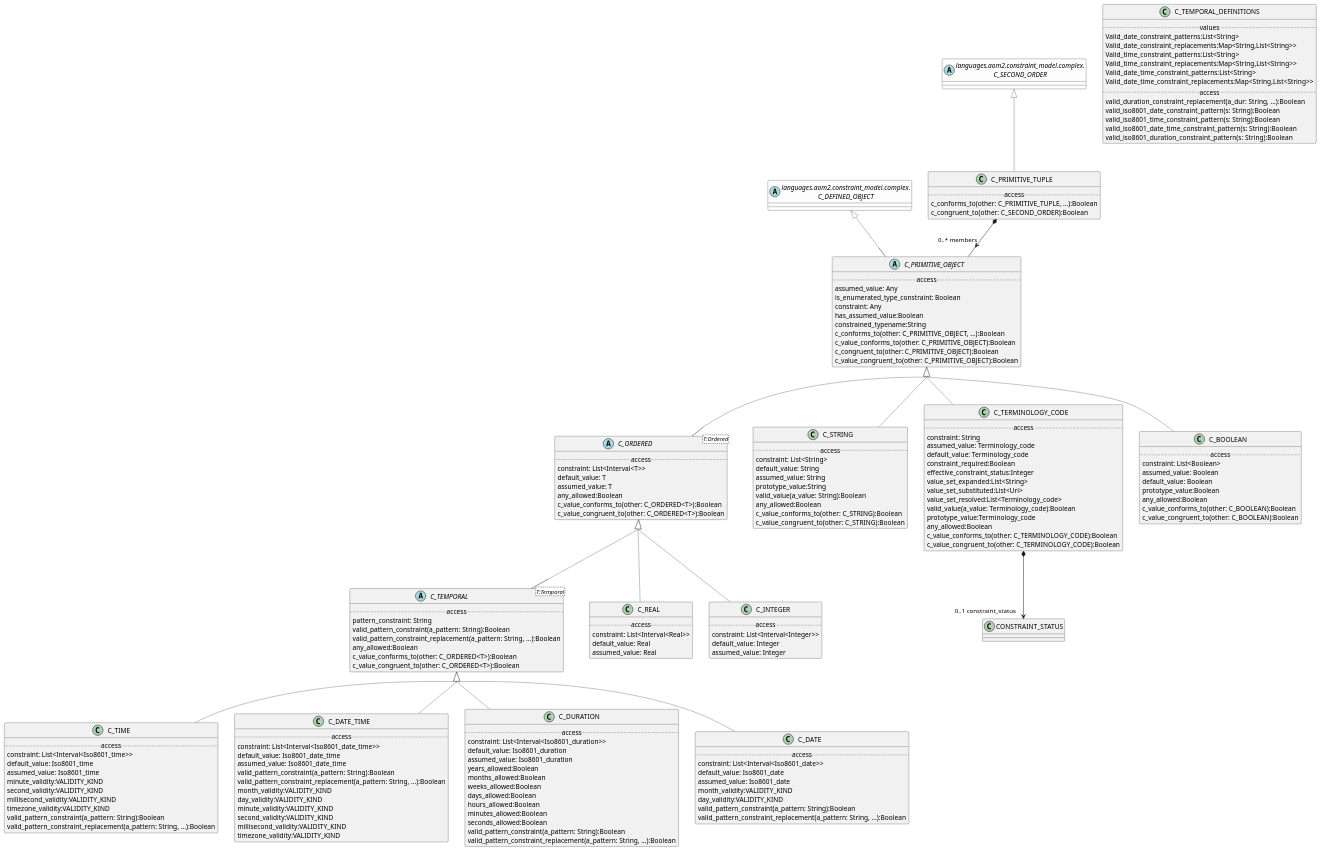
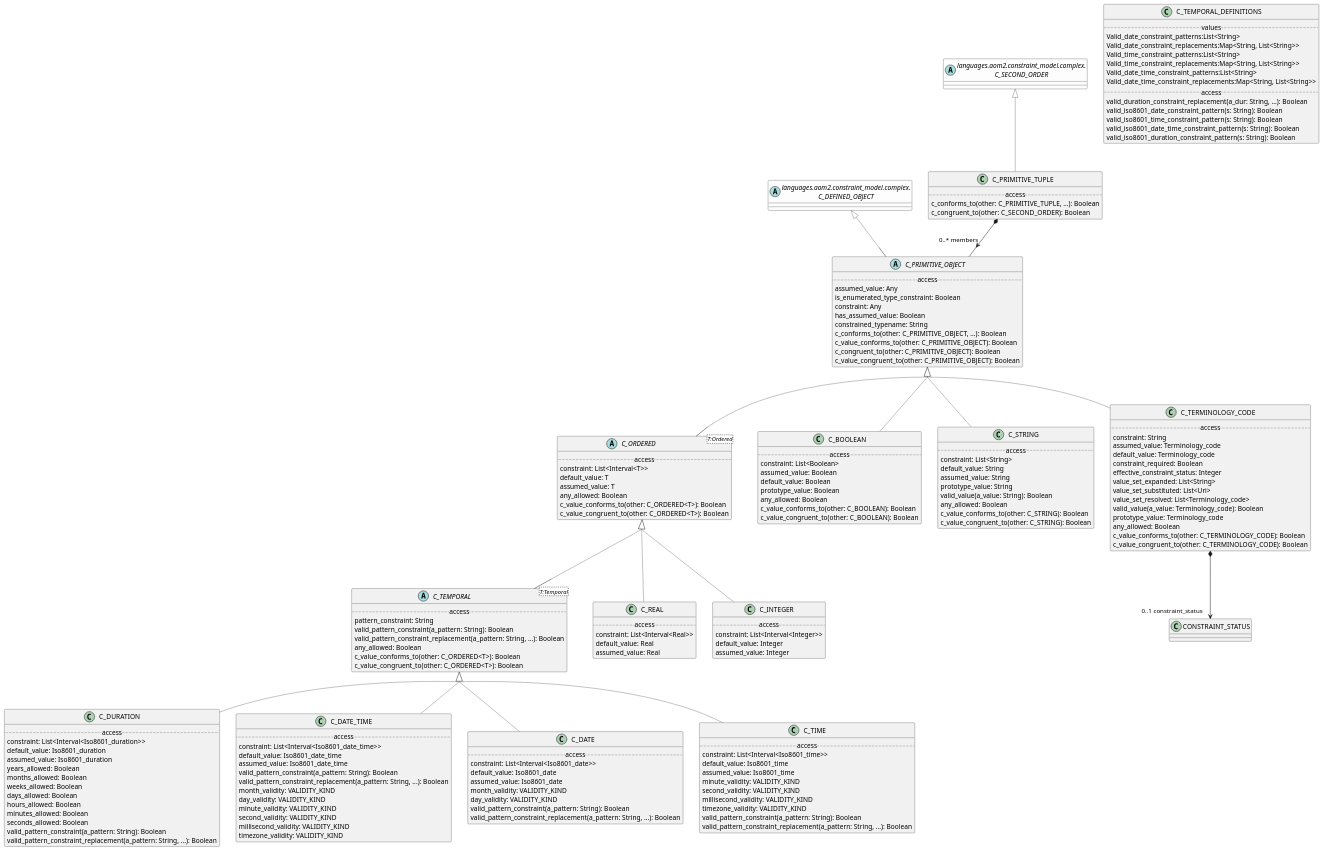
Before and after one commit to wolandscat/openehr-doc: the diagram in modules/ROOT/examples/bmm/languages/aom2/constraint_model/primitive/primitive-package-uml.adoc, drawn with PlantUML. The commit also changed 293 other files, not shown here.

Commit message:
Regen with tweaks to UML output and correct metatypes for nested generics.

```diff
--- a/modules/ROOT/examples/bmm/languages/aom2/constraint_model/primitive/primitive-package-uml.adoc
+++ b/modules/ROOT/examples/bmm/languages/aom2/constraint_model/primitive/primitive-package-uml.adoc
@@ -6,81 +6,18 @@
 skinparam citedClassColor #FDFDFD
 
 
-class C_PRIMITIVE_TUPLE [[/openehr-doc/latest/languages/aom2-gen.html#_class_c_primitive_tuple]] {
+class C_BOOLEAN [[/openehr-doc/latest/languages/aom2-gen.html#_class_c_boolean]] {
         .. access ..
-        c_conforms_to(other: C_PRIMITIVE_TUPLE, ...):Boolean
-        c_congruent_to(other: C_SECOND_ORDER):Boolean
+        constraint: List<Boolean>
+        assumed_value: Boolean
+        default_value: Boolean
+        prototype_value: Boolean
+        any_allowed: Boolean
+        c_value_conforms_to(other: C_BOOLEAN): Boolean
+        c_value_congruent_to(other: C_BOOLEAN): Boolean
 }
 
-C_PRIMITIVE_TUPLE -[#gray]up-|> C_SECOND_ORDER  
-
-
-C_PRIMITIVE_TUPLE *--> "0..* members" C_PRIMITIVE_OBJECT
-
-class C_TIME [[/openehr-doc/latest/languages/aom2-gen.html#_class_c_time]] {
-        .. access ..
-        constraint: List<Interval<Iso8601_time>>
-        default_value: Iso8601_time
-        assumed_value: Iso8601_time
-        minute_validity:VALIDITY_KIND
-        second_validity:VALIDITY_KIND
-        millisecond_validity:VALIDITY_KIND
-        timezone_validity:VALIDITY_KIND
-        valid_pattern_constraint(a_pattern: String):Boolean
-        valid_pattern_constraint_replacement(a_pattern: String, ...):Boolean
-}
-
-C_TIME -[#gray]up-|> C_TEMPORAL  
-
-
-class C_DATE_TIME [[/openehr-doc/latest/languages/aom2-gen.html#_class_c_date_time]] {
-        .. access ..
-        constraint: List<Interval<Iso8601_date_time>>
-        default_value: Iso8601_date_time
-        assumed_value: Iso8601_date_time
-        valid_pattern_constraint(a_pattern: String):Boolean
-        valid_pattern_constraint_replacement(a_pattern: String, ...):Boolean
-        month_validity:VALIDITY_KIND
-        day_validity:VALIDITY_KIND
-        minute_validity:VALIDITY_KIND
-        second_validity:VALIDITY_KIND
-        millisecond_validity:VALIDITY_KIND
-        timezone_validity:VALIDITY_KIND
-}
-
-C_DATE_TIME -[#gray]up-|> C_TEMPORAL  
-
-
-class C_DURATION [[/openehr-doc/latest/languages/aom2-gen.html#_class_c_duration]] {
-        .. access ..
-        constraint: List<Interval<Iso8601_duration>>
-        default_value: Iso8601_duration
-        assumed_value: Iso8601_duration
-        years_allowed:Boolean
-        months_allowed:Boolean
-        weeks_allowed:Boolean
-        days_allowed:Boolean
-        hours_allowed:Boolean
-        minutes_allowed:Boolean
-        seconds_allowed:Boolean
-        valid_pattern_constraint(a_pattern: String):Boolean
-        valid_pattern_constraint_replacement(a_pattern: String, ...):Boolean
-}
-
-C_DURATION -[#gray]up-|> C_TEMPORAL  
-
-
-abstract class C_TEMPORAL<T:Temporal> [[/openehr-doc/latest/languages/aom2-gen.html#_class_c_temporal]] {
-        .. access ..
-        pattern_constraint: String
-        valid_pattern_constraint(a_pattern: String):Boolean
-        valid_pattern_constraint_replacement(a_pattern: String, ...):Boolean
-        any_allowed:Boolean
-        c_value_conforms_to(other: C_ORDERED<T>):Boolean
-        c_value_congruent_to(other: C_ORDERED<T>):Boolean
-}
-
-C_TEMPORAL -[#gray]up-|> C_ORDERED  
+C_BOOLEAN -[#gray]up-|> C_PRIMITIVE_OBJECT  
 
 
 class C_REAL [[/openehr-doc/latest/languages/aom2-gen.html#_class_c_real]] {
@@ -93,72 +30,97 @@
 C_REAL -[#gray]up-|> C_ORDERED  
 
 
-class C_STRING [[/openehr-doc/latest/languages/aom2-gen.html#_class_c_string]] {
+abstract class C_TEMPORAL<T:Temporal> [[/openehr-doc/latest/languages/aom2-gen.html#_class_c_temporal]] {
         .. access ..
-        constraint: List<String>
-        default_value: String
-        assumed_value: String
-        prototype_value:String
-        valid_value(a_value: String):Boolean
-        any_allowed:Boolean
-        c_value_conforms_to(other: C_STRING):Boolean
-        c_value_congruent_to(other: C_STRING):Boolean
+        pattern_constraint: String
+        valid_pattern_constraint(a_pattern: String): Boolean
+        valid_pattern_constraint_replacement(a_pattern: String, ...): Boolean
+        any_allowed: Boolean
+        c_value_conforms_to(other: C_ORDERED<T>): Boolean
+        c_value_congruent_to(other: C_ORDERED<T>): Boolean
 }
 
-C_STRING -[#gray]up-|> C_PRIMITIVE_OBJECT  
+C_TEMPORAL -[#gray]up-|> C_ORDERED  
 
 
-abstract class C_PRIMITIVE_OBJECT [[/openehr-doc/latest/languages/aom2-gen.html#_class_c_primitive_object]] {
+class C_TEMPORAL_DEFINITIONS [[/openehr-doc/latest/languages/aom2-gen.html#_class_c_temporal_definitions]] {
+        .. values ..
+        Valid_date_constraint_patterns:List<String>
+        Valid_date_constraint_replacements:Map<String, List<String>>
+        Valid_time_constraint_patterns:List<String>
+        Valid_time_constraint_replacements:Map<String, List<String>>
+        Valid_date_time_constraint_patterns:List<String>
+        Valid_date_time_constraint_replacements:Map<String, List<String>>
         .. access ..
-        assumed_value: Any
-        is_enumerated_type_constraint: Boolean
-        constraint: Any
-        has_assumed_value:Boolean
-        constrained_typename:String
-        c_conforms_to(other: C_PRIMITIVE_OBJECT, ...):Boolean
-        c_value_conforms_to(other: C_PRIMITIVE_OBJECT):Boolean
-        c_congruent_to(other: C_PRIMITIVE_OBJECT):Boolean
-        c_value_congruent_to(other: C_PRIMITIVE_OBJECT):Boolean
+        valid_duration_constraint_replacement(a_dur: String, ...): Boolean
+        valid_iso8601_date_constraint_pattern(s: String): Boolean
+        valid_iso8601_time_constraint_pattern(s: String): Boolean
+        valid_iso8601_date_time_constraint_pattern(s: String): Boolean
+        valid_iso8601_duration_constraint_pattern(s: String): Boolean
 }
 
-C_PRIMITIVE_OBJECT -[#gray]up-|> C_DEFINED_OBJECT  
+
+class C_DURATION [[/openehr-doc/latest/languages/aom2-gen.html#_class_c_duration]] {
+        .. access ..
+        constraint: List<Interval<Iso8601_duration>>
+        default_value: Iso8601_duration
+        assumed_value: Iso8601_duration
+        years_allowed: Boolean
+        months_allowed: Boolean
+        weeks_allowed: Boolean
+        days_allowed: Boolean
+        hours_allowed: Boolean
+        minutes_allowed: Boolean
+        seconds_allowed: Boolean
+        valid_pattern_constraint(a_pattern: String): Boolean
+        valid_pattern_constraint_replacement(a_pattern: String, ...): Boolean
+}
+
+C_DURATION -[#gray]up-|> C_TEMPORAL  
 
 
-class C_TERMINOLOGY_CODE [[/openehr-doc/latest/languages/aom2-gen.html#_class_c_terminology_code]] {
+class C_DATE_TIME [[/openehr-doc/latest/languages/aom2-gen.html#_class_c_date_time]] {
         .. access ..
-        constraint: String
-        assumed_value: Terminology_code
-        default_value: Terminology_code
-        constraint_required:Boolean
-        effective_constraint_status:Integer
-        value_set_expanded:List<String>
-        value_set_substituted:List<Uri>
-        value_set_resolved:List<Terminology_code>
-        valid_value(a_value: Terminology_code):Boolean
-        prototype_value:Terminology_code
-        any_allowed:Boolean
-        c_value_conforms_to(other: C_TERMINOLOGY_CODE):Boolean
-        c_value_congruent_to(other: C_TERMINOLOGY_CODE):Boolean
+        constraint: List<Interval<Iso8601_date_time>>
+        default_value: Iso8601_date_time
+        assumed_value: Iso8601_date_time
+        valid_pattern_constraint(a_pattern: String): Boolean
+        valid_pattern_constraint_replacement(a_pattern: String, ...): Boolean
+        month_validity: VALIDITY_KIND
+        day_validity: VALIDITY_KIND
+        minute_validity: VALIDITY_KIND
+        second_validity: VALIDITY_KIND
+        millisecond_validity: VALIDITY_KIND
+        timezone_validity: VALIDITY_KIND
 }
 
-C_TERMINOLOGY_CODE -[#gray]up-|> C_PRIMITIVE_OBJECT  
+C_DATE_TIME -[#gray]up-|> C_TEMPORAL  
 
-
-C_TERMINOLOGY_CODE *--> "0..1 constraint_status" CONSTRAINT_STATUS
 
 class C_DATE [[/openehr-doc/latest/languages/aom2-gen.html#_class_c_date]] {
         .. access ..
         constraint: List<Interval<Iso8601_date>>
         default_value: Iso8601_date
         assumed_value: Iso8601_date
-        month_validity:VALIDITY_KIND
-        day_validity:VALIDITY_KIND
-        valid_pattern_constraint(a_pattern: String):Boolean
-        valid_pattern_constraint_replacement(a_pattern: String, ...):Boolean
+        month_validity: VALIDITY_KIND
+        day_validity: VALIDITY_KIND
+        valid_pattern_constraint(a_pattern: String): Boolean
+        valid_pattern_constraint_replacement(a_pattern: String, ...): Boolean
 }
 
 C_DATE -[#gray]up-|> C_TEMPORAL  
 
+
+class C_PRIMITIVE_TUPLE [[/openehr-doc/latest/languages/aom2-gen.html#_class_c_primitive_tuple]] {
+        .. access ..
+        c_conforms_to(other: C_PRIMITIVE_TUPLE, ...): Boolean
+        c_congruent_to(other: C_SECOND_ORDER): Boolean
+}
+
+C_PRIMITIVE_TUPLE -[#gray]up-|> C_SECOND_ORDER  
+
+
+C_PRIMITIVE_TUPLE *--> "0..* members" C_PRIMITIVE_OBJECT
 
 class C_INTEGER [[/openehr-doc/latest/languages/aom2-gen.html#_class_c_integer]] {
         .. access ..
@@ -170,35 +132,51 @@
 C_INTEGER -[#gray]up-|> C_ORDERED  
 
 
-class C_TEMPORAL_DEFINITIONS [[/openehr-doc/latest/languages/aom2-gen.html#_class_c_temporal_definitions]] {
-        .. values ..
-        Valid_date_constraint_patterns:List<String>
-        Valid_date_constraint_replacements:Map<String,List<String>>
-        Valid_time_constraint_patterns:List<String>
-        Valid_time_constraint_replacements:Map<String,List<String>>
-        Valid_date_time_constraint_patterns:List<String>
-        Valid_date_time_constraint_replacements:Map<String,List<String>>
+class C_STRING [[/openehr-doc/latest/languages/aom2-gen.html#_class_c_string]] {
         .. access ..
-        valid_duration_constraint_replacement(a_dur: String, ...):Boolean
-        valid_iso8601_date_constraint_pattern(s: String):Boolean
-        valid_iso8601_time_constraint_pattern(s: String):Boolean
-        valid_iso8601_date_time_constraint_pattern(s: String):Boolean
-        valid_iso8601_duration_constraint_pattern(s: String):Boolean
+        constraint: List<String>
+        default_value: String
+        assumed_value: String
+        prototype_value: String
+        valid_value(a_value: String): Boolean
+        any_allowed: Boolean
+        c_value_conforms_to(other: C_STRING): Boolean
+        c_value_congruent_to(other: C_STRING): Boolean
 }
 
+C_STRING -[#gray]up-|> C_PRIMITIVE_OBJECT  
 
-class C_BOOLEAN [[/openehr-doc/latest/languages/aom2-gen.html#_class_c_boolean]] {
+
+class C_TIME [[/openehr-doc/latest/languages/aom2-gen.html#_class_c_time]] {
         .. access ..
-        constraint: List<Boolean>
-        assumed_value: Boolean
-        default_value: Boolean
-        prototype_value:Boolean
-        any_allowed:Boolean
-        c_value_conforms_to(other: C_BOOLEAN):Boolean
-        c_value_congruent_to(other: C_BOOLEAN):Boolean
+        constraint: List<Interval<Iso8601_time>>
+        default_value: Iso8601_time
+        assumed_value: Iso8601_time
+        minute_validity: VALIDITY_KIND
+        second_validity: VALIDITY_KIND
+        millisecond_validity: VALIDITY_KIND
+        timezone_validity: VALIDITY_KIND
+        valid_pattern_constraint(a_pattern: String): Boolean
+        valid_pattern_constraint_replacement(a_pattern: String, ...): Boolean
 }
 
-C_BOOLEAN -[#gray]up-|> C_PRIMITIVE_OBJECT  
+C_TIME -[#gray]up-|> C_TEMPORAL  
+
+
+abstract class C_PRIMITIVE_OBJECT [[/openehr-doc/latest/languages/aom2-gen.html#_class_c_primitive_object]] {
+        .. access ..
+        assumed_value: Any
+        is_enumerated_type_constraint: Boolean
+        constraint: Any
+        has_assumed_value: Boolean
+        constrained_typename: String
+        c_conforms_to(other: C_PRIMITIVE_OBJECT, ...): Boolean
+        c_value_conforms_to(other: C_PRIMITIVE_OBJECT): Boolean
+        c_congruent_to(other: C_PRIMITIVE_OBJECT): Boolean
+        c_value_congruent_to(other: C_PRIMITIVE_OBJECT): Boolean
+}
+
+C_PRIMITIVE_OBJECT -[#gray]up-|> C_DEFINED_OBJECT  
 
 
 abstract class C_ORDERED<T:Ordered> [[/openehr-doc/latest/languages/aom2-gen.html#_class_c_ordered]] {
@@ -206,13 +184,35 @@
         constraint: List<Interval<T>>
         default_value: T
         assumed_value: T
-        any_allowed:Boolean
-        c_value_conforms_to(other: C_ORDERED<T>):Boolean
-        c_value_congruent_to(other: C_ORDERED<T>):Boolean
+        any_allowed: Boolean
+        c_value_conforms_to(other: C_ORDERED<T>): Boolean
+        c_value_congruent_to(other: C_ORDERED<T>): Boolean
 }
 
 C_ORDERED -[#gray]up-|> C_PRIMITIVE_OBJECT  
 
+
+class C_TERMINOLOGY_CODE [[/openehr-doc/latest/languages/aom2-gen.html#_class_c_terminology_code]] {
+        .. access ..
+        constraint: String
+        assumed_value: Terminology_code
+        default_value: Terminology_code
+        constraint_required: Boolean
+        effective_constraint_status: Integer
+        value_set_expanded: List<String>
+        value_set_substituted: List<Uri>
+        value_set_resolved: List<Terminology_code>
+        valid_value(a_value: Terminology_code): Boolean
+        prototype_value: Terminology_code
+        any_allowed: Boolean
+        c_value_conforms_to(other: C_TERMINOLOGY_CODE): Boolean
+        c_value_congruent_to(other: C_TERMINOLOGY_CODE): Boolean
+}
+
+C_TERMINOLOGY_CODE -[#gray]up-|> C_PRIMITIVE_OBJECT  
+
+
+C_TERMINOLOGY_CODE *--> "0..1 constraint_status" CONSTRAINT_STATUS
 abstract class "languages.aom2.constraint_model.complex.\nC_SECOND_ORDER" as C_SECOND_ORDER  [[/openehr-doc/latest/languages/aom2-gen.html#_class_c_second_order]] #FDFDFD {
 }
 abstract class "languages.aom2.constraint_model.complex.\nC_DEFINED_OBJECT" as C_DEFINED_OBJECT  [[/openehr-doc/latest/languages/aom2-gen.html#_class_c_defined_object]] #FDFDFD {
```
